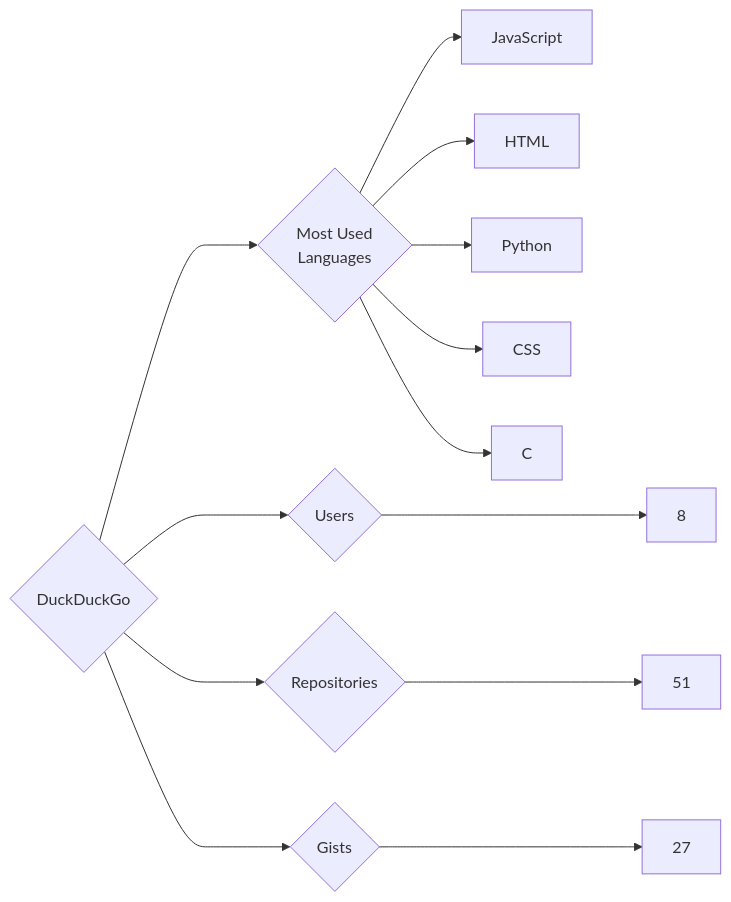
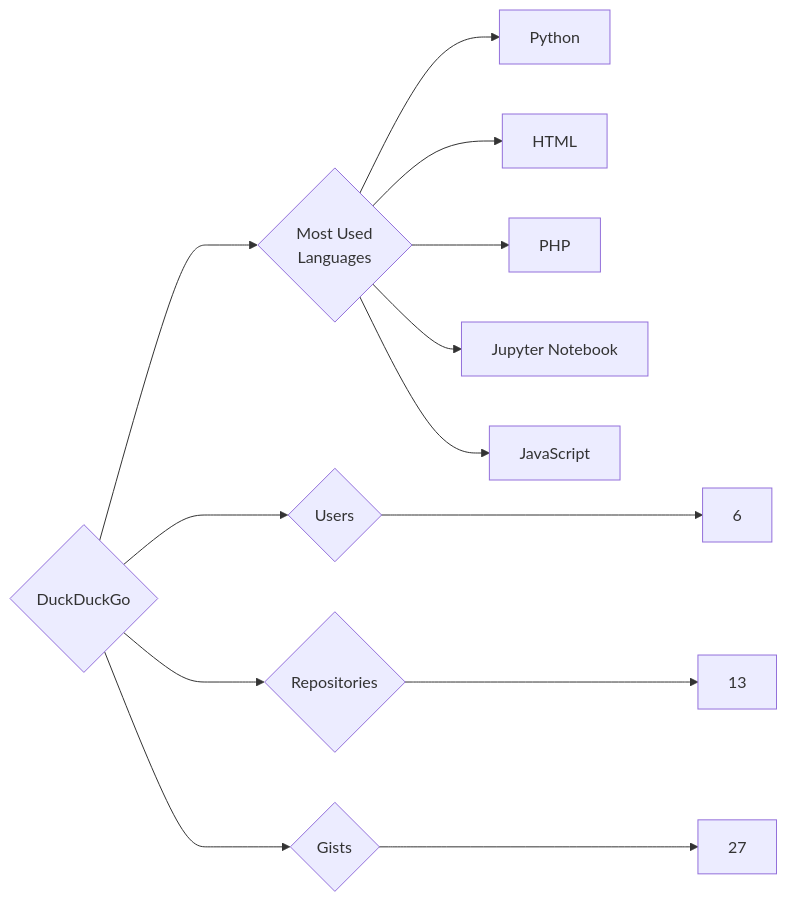
The diagram in targets/DuckDuckGo/README.md (trickest/insiders), drawn with Mermaid before and after one commit. The commit also changed 1055 other files, not shown here.

````diff
--- a/targets/DuckDuckGo/README.md
+++ b/targets/DuckDuckGo/README.md
@@ -3,13 +3,13 @@
 ```mermaid
 graph LR
 COMPANY_NAME{DuckDuckGo}
-COMPANY_NAME ---> U{Users} ---> UN[8]
-COMPANY_NAME ---> R{Repositories} ---> RN[51]
+COMPANY_NAME ---> U{Users} ---> UN[6]
+COMPANY_NAME ---> R{Repositories} ---> RN[13]
 COMPANY_NAME ---> G{Gists} ---> GN[27]
 COMPANY_NAME ---> ML{Most Used<br>Languages}
+ML --> Python[Python]
+ML --> HTML[HTML]
+ML --> PHP[PHP]
+ML --> Jupyter_Notebook[Jupyter Notebook]
 ML --> JavaScript[JavaScript]
-ML --> HTML[HTML]
-ML --> Python[Python]
-ML --> CSS[CSS]
-ML --> C[C]
 ```
````
